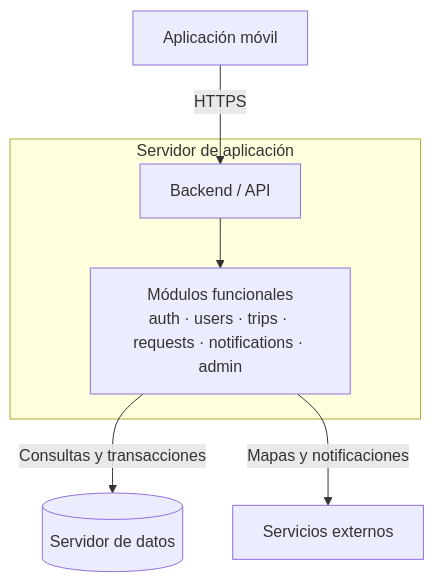
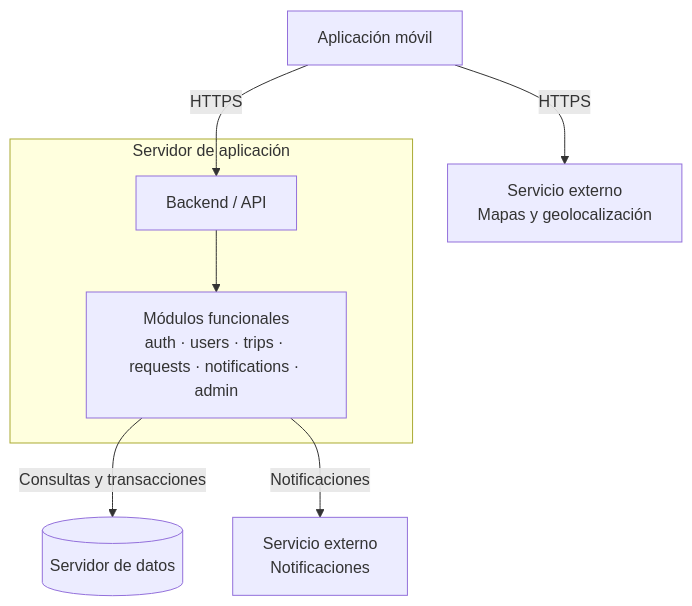
Before and after one commit to ISCOUTB/AS_202620_ROUTB: the second of 2 diagrams in docs/arc42/07_vista_de_despliegue.md, drawn with Mermaid. The commit also changed other lines of this file and 13 other files, not shown here.

````diff
--- a/docs/arc42/07_vista_de_despliegue.md
+++ b/docs/arc42/07_vista_de_despliegue.md
@@ -58,17 +58,19 @@
 ```mermaid
 flowchart TD
     APP["Aplicación móvil"]
 
     subgraph SERVER["Servidor de aplicación"]
         API["Backend / API"]
         MODULES["Módulos funcionales<br/>auth · users · trips · requests · notifications · admin"]
     end
 
     DB[("Servidor de datos")]
-    EXT["Servicios externos"]
+    MAP["Servicio externo<br/>Mapas y geolocalización"]
+    PUSH["Servicio externo<br/>Notificaciones"]
 
     APP -->|"HTTPS"| API
+    APP -->|"HTTPS"| MAP
     API --> MODULES
     MODULES -->|"Consultas y transacciones"| DB
-    MODULES -->|"Mapas y notificaciones"| EXT
+    MODULES -->|"Notificaciones"| PUSH
 ```
````
